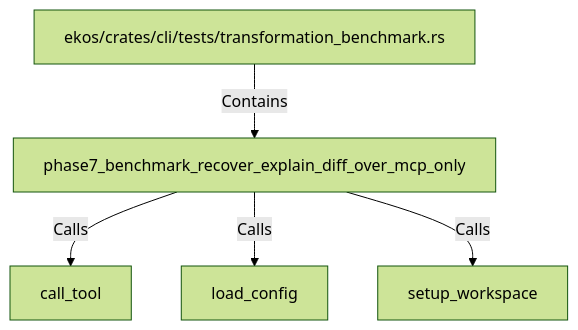
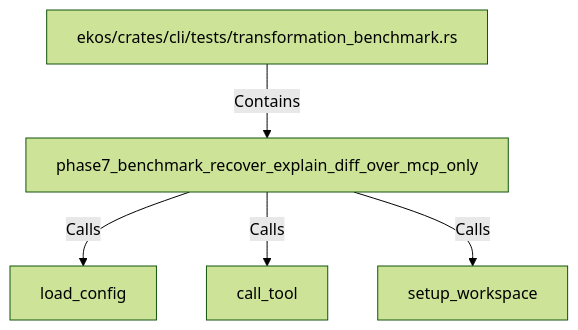
The diagram in doc/entities/rustsymbol/ph/phase7-benchmark-recover-explain-diff-over-mcp-only.md (alexeyban/EKOS), drawn with Mermaid (forest theme) before and after one commit. The commit also changed other lines of this file and 552 other files, not shown here.

````diff
--- a/doc/entities/rustsymbol/ph/phase7-benchmark-recover-explain-diff-over-mcp-only.md
+++ b/doc/entities/rustsymbol/ph/phase7-benchmark-recover-explain-diff-over-mcp-only.md
@@ -23,12 +23,12 @@
 ```mermaid
 graph TD
     n145f01d3407353caa5a60bd6ebdbdb45["phase7_benchmark_recover_explain_diff_over_mcp_only"]
     n6f5dc4e73ce85dd3ad8ff66bbb5fabf5["ekos/crates/cli/tests/transformation_benchmark.rs"]
     n6f5dc4e73ce85dd3ad8ff66bbb5fabf5 -->|Contains| n145f01d3407353caa5a60bd6ebdbdb45
+    nc16a7ca309be58b0be2c7ec5f46b0f15["load_config"]
+    n145f01d3407353caa5a60bd6ebdbdb45 -->|Calls| nc16a7ca309be58b0be2c7ec5f46b0f15
     na762a492344253ed993e68a448c9584b["call_tool"]
     n145f01d3407353caa5a60bd6ebdbdb45 -->|Calls| na762a492344253ed993e68a448c9584b
-    nc16a7ca309be58b0be2c7ec5f46b0f15["load_config"]
-    n145f01d3407353caa5a60bd6ebdbdb45 -->|Calls| nc16a7ca309be58b0be2c7ec5f46b0f15
     ne8ff1e4b762557dabfa2e10ecf154d62["setup_workspace"]
     n145f01d3407353caa5a60bd6ebdbdb45 -->|Calls| ne8ff1e4b762557dabfa2e10ecf154d62
 ```
````
